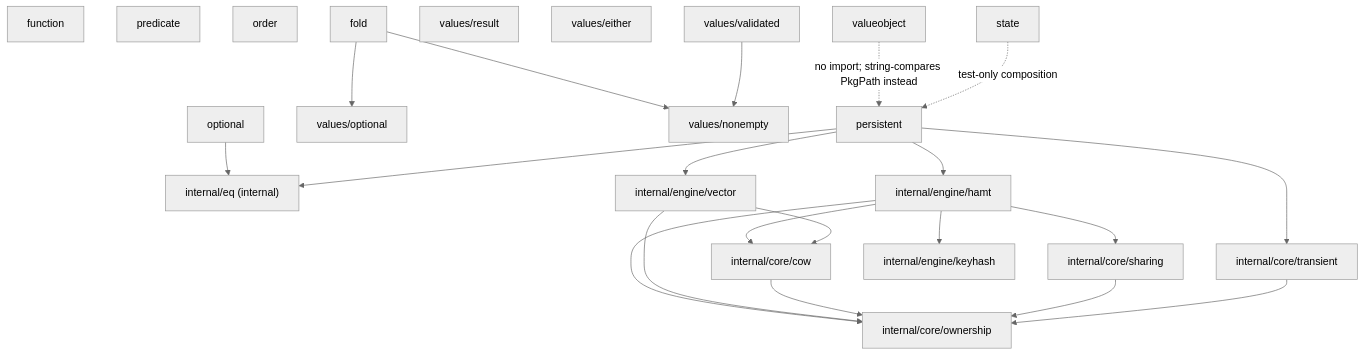
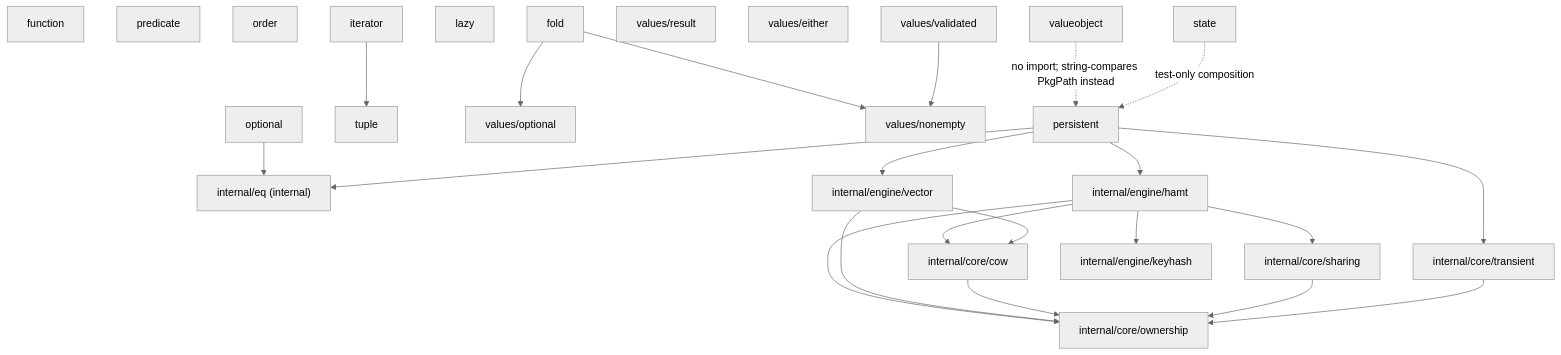
The diagram in docs/overview.md (alvadorncorp/functional-go), drawn with Mermaid (neutral theme) before and after one commit. The commit also changed other lines of this file and 19 other files, not shown here.

````diff
--- a/docs/overview.md
+++ b/docs/overview.md
@@ -196,44 +203,48 @@
 ```mermaid
 flowchart TB
   optional[optional]
   function[function]
   predicate[predicate]
   order[order]
   fold[fold]
+  tuple[tuple]
+  lazy[lazy]
+  iterator[iterator]
   valuesOptional[values/optional]
   valuesResult[values/result]
   valuesEither[values/either]
   valuesNonEmpty[values/nonempty]
   valuesValidated[values/validated]
   persistent[persistent]
   state[state]
   valueobject[valueobject]
   eq["internal/eq (internal)"]
   ownership["internal/core/ownership"]
   cow["internal/core/cow"]
   sharing["internal/core/sharing"]
   transient["internal/core/transient"]
   hamt["internal/engine/hamt"]
   vector["internal/engine/vector"]
   keyhash["internal/engine/keyhash"]
 
   optional --> eq
   fold --> valuesOptional
   fold --> valuesNonEmpty
+  iterator --> tuple
   valuesValidated --> valuesNonEmpty
   persistent --> eq
   persistent --> transient
   persistent --> hamt
   persistent --> vector
   hamt --> ownership
   hamt --> cow
   hamt --> sharing
   hamt --> keyhash
   vector --> ownership
   vector --> cow
   cow --> ownership
   sharing --> ownership
   transient --> ownership
   valueobject -.->|no import; string-compares PkgPath instead| persistent
   state -.->|test-only composition| persistent
 ```
````
